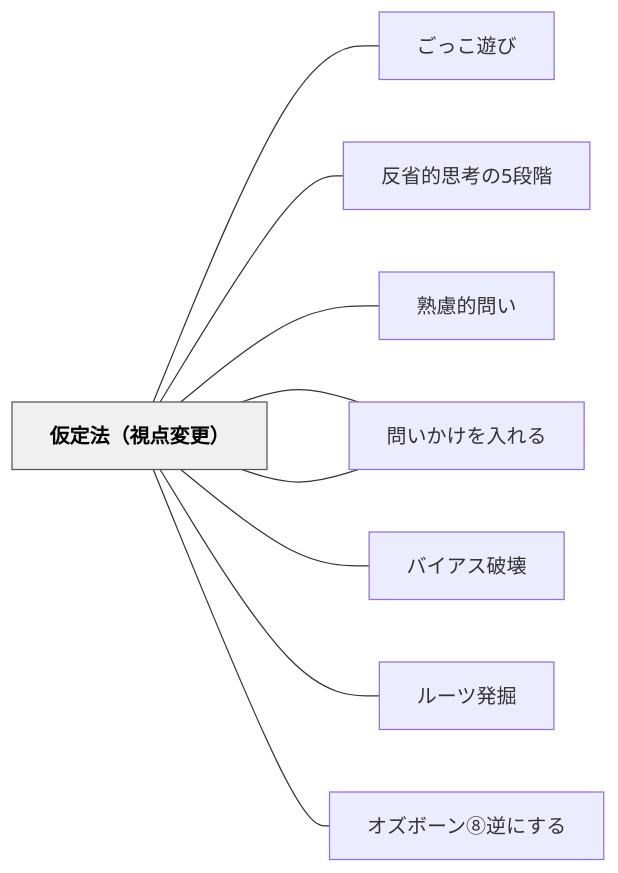
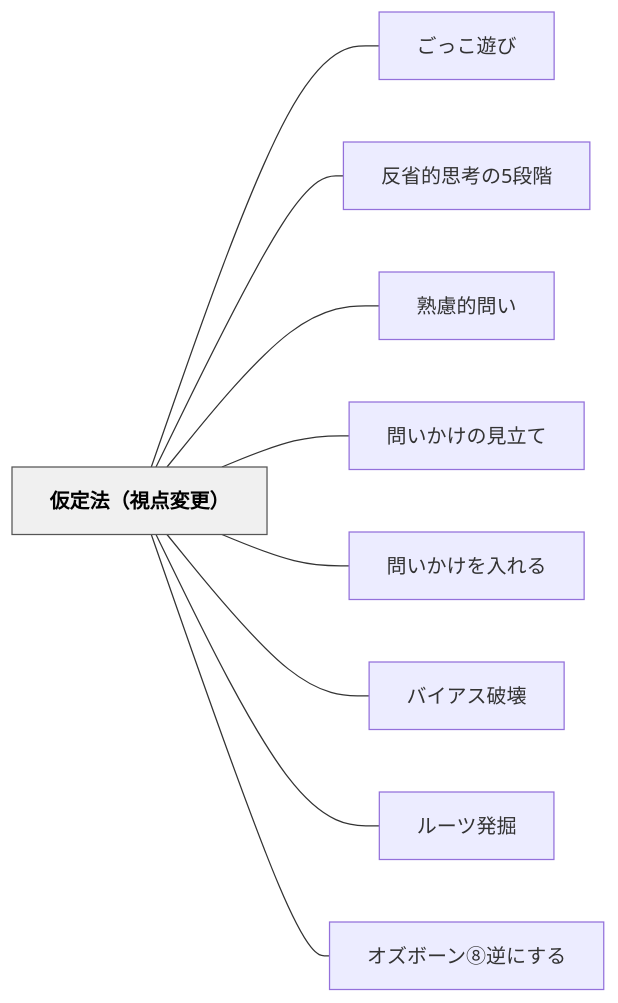
The diagram in content/パタン/仮定法（視点変更）.md (unknownthings-ed-patterns/unknownthings-ed-patterns), drawn with Mermaid before and after one commit. The commit also changed 527 other files, not shown here.

````diff
--- a/content/パタン/仮定法（視点変更）.md
+++ b/content/パタン/仮定法（視点変更）.md
@@ -72,24 +72,24 @@
 ```mermaid
 flowchart LR
-    ne4bbaee5ae9a["仮定法（視点変更）"]
-    ne38194e381a3["ごっこ遊び"]
-    ne58f8de79c81["反省的思考の5段階"]
-    ne7869fe685ae["熟慮的問い"]
-    ne5958fe38184["問いかけの見立て"]
-    ne5958fe38184["問いかけを入れる"]
-    ne38390e382a4["バイアス破壊"]
-    ne383abe383bc["ルーツ発掘"]
-    ne382aae382ba["オズボーン⑧逆にする"]
+    ne4bbaee5ae9ae6b395efbc88e8a696e782b9e5a489e69bb4efbc89["仮定法（視点変更）"]
+    ne38194e381a3e38193e9818ae381b3["ごっこ遊び"]
+    ne58f8de79c81e79a84e6809de88083e381ae35e6aeb5e99a8e["反省的思考の5段階"]
+    ne7869fe685aee79a84e5958fe38184["熟慮的問い"]
+    ne5958fe38184e3818be38191e381aee8a68be7ab8be381a6["問いかけの見立て"]
+    ne5958fe38184e3818be38191e38292e585a5e3828ce3828b["問いかけを入れる"]
+    ne38390e382a4e382a2e382b9e7a0b4e5a38a["バイアス破壊"]
+    ne383abe383bce38384e799bae68e98["ルーツ発掘"]
+    ne382aae382bae3839ce383bce383b3e291a7e98086e381abe38199e3828b["オズボーン⑧逆にする"]
 
-    ne4bbaee5ae9a --- ne38194e381a3
-    ne4bbaee5ae9a --- ne58f8de79c81
-    ne4bbaee5ae9a --- ne7869fe685ae
-    ne4bbaee5ae9a --- ne5958fe38184
-    ne4bbaee5ae9a --- ne5958fe38184
-    ne4bbaee5ae9a --- ne38390e382a4
-    ne4bbaee5ae9a --- ne383abe383bc
-    ne4bbaee5ae9a --- ne382aae382ba
+    ne4bbaee5ae9ae6b395efbc88e8a696e782b9e5a489e69bb4efbc89 --- ne38194e381a3e38193e9818ae381b3
+    ne4bbaee5ae9ae6b395efbc88e8a696e782b9e5a489e69bb4efbc89 --- ne58f8de79c81e79a84e6809de88083e381ae35e6aeb5e99a8e
+    ne4bbaee5ae9ae6b395efbc88e8a696e782b9e5a489e69bb4efbc89 --- ne7869fe685aee79a84e5958fe38184
+    ne4bbaee5ae9ae6b395efbc88e8a696e782b9e5a489e69bb4efbc89 --- ne5958fe38184e3818be38191e381aee8a68be7ab8be381a6
+    ne4bbaee5ae9ae6b395efbc88e8a696e782b9e5a489e69bb4efbc89 --- ne5958fe38184e3818be38191e38292e585a5e3828ce3828b
+    ne4bbaee5ae9ae6b395efbc88e8a696e782b9e5a489e69bb4efbc89 --- ne38390e382a4e382a2e382b9e7a0b4e5a38a
+    ne4bbaee5ae9ae6b395efbc88e8a696e782b9e5a489e69bb4efbc89 --- ne383abe383bce38384e799bae68e98
+    ne4bbaee5ae9ae6b395efbc88e8a696e782b9e5a489e69bb4efbc89 --- ne382aae382bae3839ce383bce383b3e291a7e98086e381abe38199e3828b
 
     classDef hub fill:#f0f0f0,stroke:#555,color:#000,font-weight:bold
-    class ne4bbaee5ae9a hub
+    class ne4bbaee5ae9ae6b395efbc88e8a696e782b9e5a489e69bb4efbc89 hub
 ```
````
